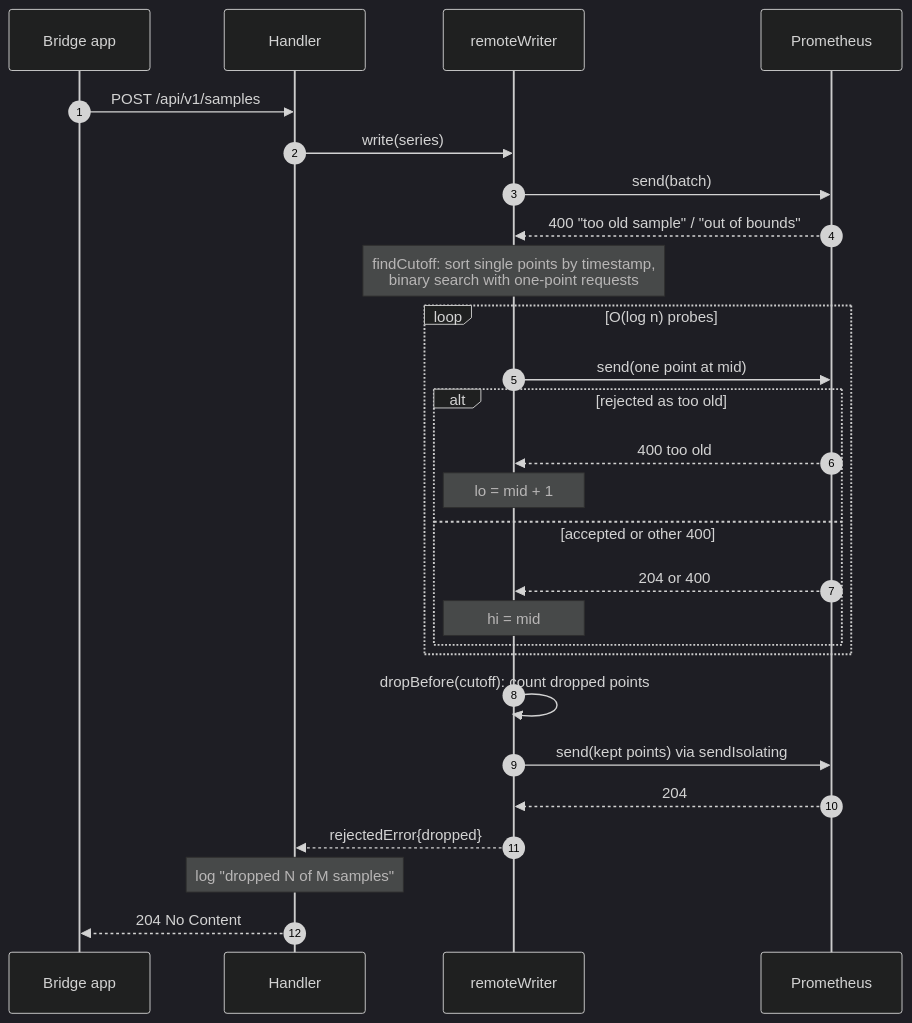
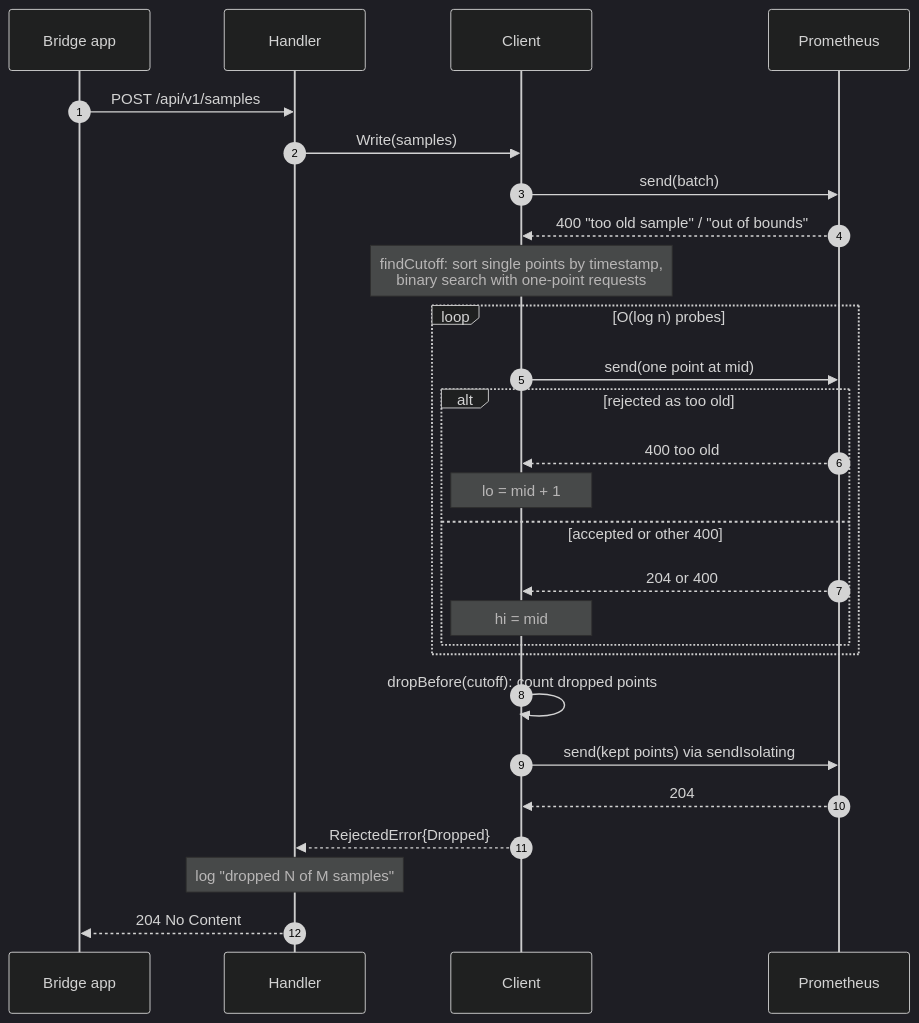
The second of 6 diagrams in docs/sequences.md (MateuxLucax/health-connect-prometheus-exporter), drawn with Mermaid (dark theme) before and after one commit. The commit also changed other lines of this file and 26 other files, not shown here.

````diff
--- a/docs/sequences.md
+++ b/docs/sequences.md
@@ -46,30 +46,30 @@
 ```mermaid
 sequenceDiagram
     autonumber
     participant App as Bridge app
     participant H as Handler
-    participant W as remoteWriter
+    participant W as Client
     participant P as Prometheus
 
     App->>H: POST /api/v1/samples
-    H->>W: write(series)
+    H->>W: Write(samples)
     W->>P: send(batch)
     P-->>W: 400 "too old sample" / "out of bounds"
     Note over W: findCutoff: sort single points by timestamp,<br/>binary search with one-point requests
     loop O(log n) probes
         W->>P: send(one point at mid)
         alt rejected as too old
             P-->>W: 400 too old
             Note over W: lo = mid + 1
         else accepted or other 400
             P-->>W: 204 or 400
             Note over W: hi = mid
         end
     end
     W->>W: dropBefore(cutoff): count dropped points
     W->>P: send(kept points) via sendIsolating
     P-->>W: 204
-    W-->>H: rejectedError{dropped}
+    W-->>H: RejectedError{Dropped}
     Note over H: log "dropped N of M samples"
     H-->>App: 204 No Content
 ```
````
